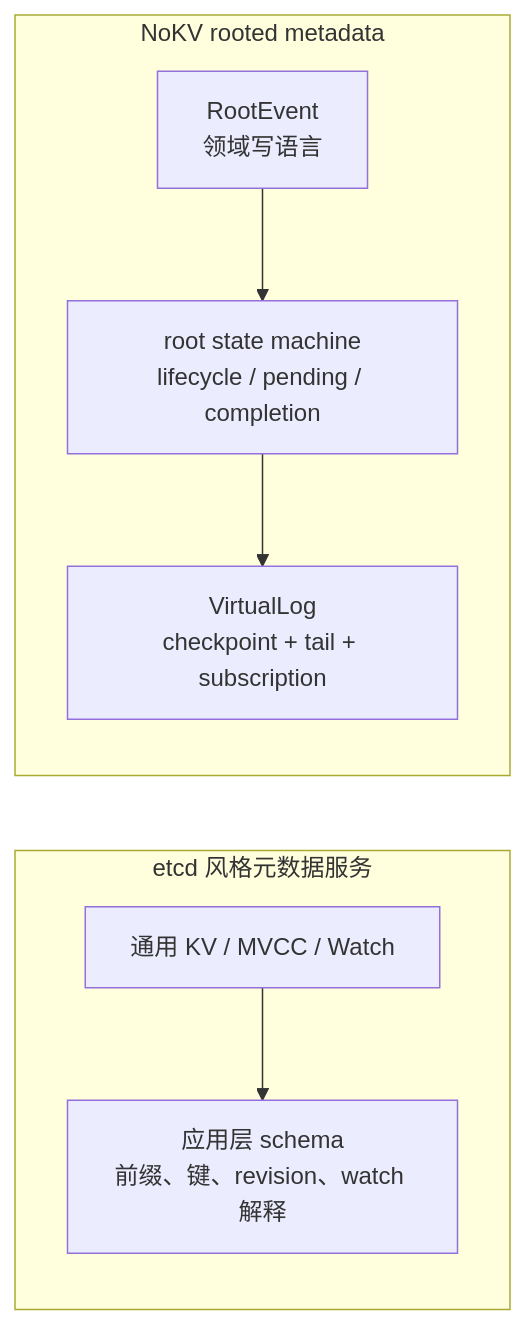
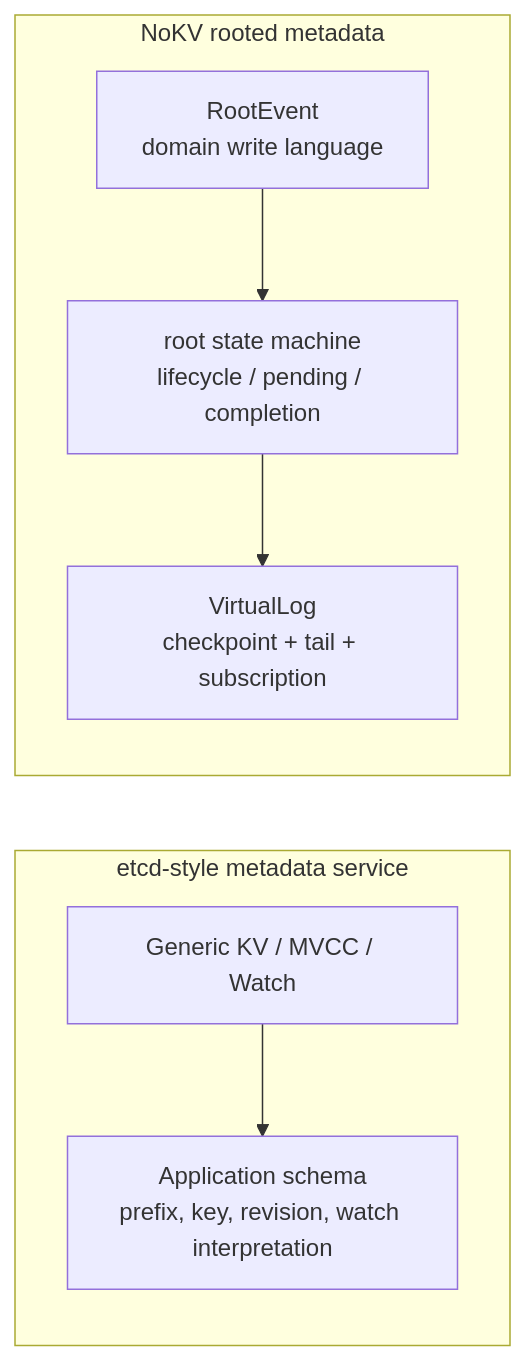
One commit to feichai0017/NoKV changed the second of 5 diagrams in docs/notes/2026-04-03-delos-lite-metadata-root-roadmap.md. Above: the diagram before and after it, drawn with Mermaid. The commit also changed other lines of this file and 23 other files, not shown here.

````diff
--- a/docs/notes/2026-04-03-delos-lite-metadata-root-roadmap.md
+++ b/docs/notes/2026-04-03-delos-lite-metadata-root-roadmap.md
@@ -186,16 +186,16 @@
 ```mermaid
 flowchart LR
-    subgraph ETCD["etcd 风格元数据服务"]
-        EKV["通用 KV / MVCC / Watch"]
-        APP["应用层 schema\n前缀、键、revision、watch 解释"]
+    subgraph ETCD["etcd-style metadata service"]
+        EKV["Generic KV / MVCC / Watch"]
+        APP["Application schema\nprefix, key, revision, watch interpretation"]
         EKV --> APP
     end
 
     subgraph ROOT["NoKV rooted metadata"]
-        EVT["RootEvent\n领域写语言"]
+        EVT["RootEvent\ndomain write language"]
         STM["root state machine\nlifecycle / pending / completion"]
         VLOG["VirtualLog\ncheckpoint + tail + subscription"]
         EVT --> STM
         STM --> VLOG
     end
 ```
````
